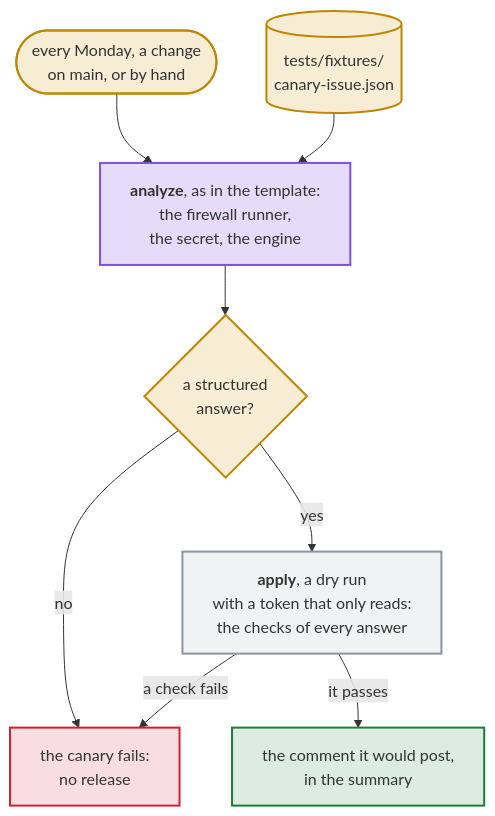
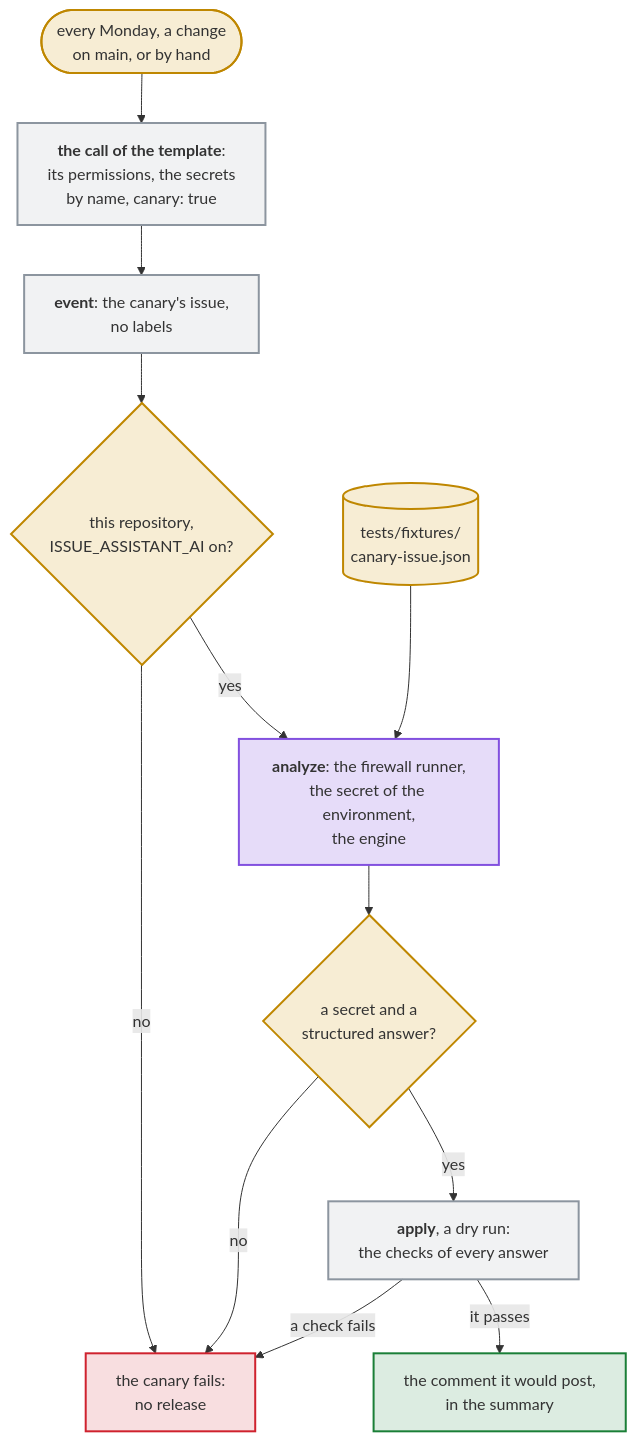
One commit to Dennis-Otto/issue-assistant changed the diagram in docs/diagrams/how-the-canary-runs-the-path-of-an-issue-through-the-ai.mmd. Above: the diagram before and after it, drawn with Mermaid. The commit also changed 9 other files, not shown here.

First line of the commit message:
ci: the canary calls the reusable workflow, so a caller's secret and vars are tested (#165)

```diff
--- a/docs/diagrams/how-the-canary-runs-the-path-of-an-issue-through-the-ai.mmd
+++ b/docs/diagrams/how-the-canary-runs-the-path-of-an-issue-through-the-ai.mmd
@@ -1,20 +1,24 @@
 flowchart TB
   accTitle: How the Canary runs the path of an issue through the AI
-  accDescr: The Canary starts every Monday, after a change on main of the script, the prompts, the action, the workflow template, the firewall policy, the settings or the canary's issue, and by hand. Its job analyze is that of the template: on the firewall runner, with the engine's secret of the environment issue-assistant, context reads the issue of tests/fixtures/canary-issue.json instead of one on GitHub, and the engine answers with JSON. Without the secret or without an answer, the canary fails. Its job apply checks the answer as for a real issue, as a dry run with a token that can only read: an answer that breaks a check fails the canary, and one that passes shows the comment it would post in the summary.
-  start(["every Monday, a change<br>on main, or by hand"]) --> analyze
+  accDescr: The Canary starts every Monday, after a change on main of the script, the prompts, the action, the reusable workflow, the firewall policy, the settings or the canary's issue, and by hand. It calls the reusable workflow as every repository does, with the permissions of the template, the engine's secrets passed by name and the input canary. Its job event takes the canary's issue and sets no labels; outside this repository, or when the called workflow doesn't see the variable ISSUE_ASSISTANT_AI set to on, the canary fails. Its job analyze runs on the firewall runner with the engine's secret of the environment issue-assistant, context reads the issue of tests/fixtures/canary-issue.json instead of one on GitHub, and the engine answers with JSON. Without the secret or without an answer, the canary fails. Its job apply checks the answer as for a real issue, as a dry run: an answer that breaks a check fails the canary, and one that passes shows the comment it would post in the summary.
+  start(["every Monday, a change<br>on main, or by hand"]) --> caller
+  caller["`**the call of the template**:<br>its permissions, the secrets<br>by name, canary: true`"] --> event
+  event["`**event**: the canary's issue,<br>no labels`"] --> seen{"this repository,<br>ISSUE_ASSISTANT_AI on?"}
+  seen -- "no" --> red["the canary fails:<br>no release"]
+  seen -- "yes" --> analyze
   fixture[("tests/fixtures/<br>canary-issue.json")] --> analyze
-  analyze["`**analyze**, as in the template:<br>the firewall runner,<br>the secret, the engine`"] --> answered{"a structured<br>answer?"}
-  answered -- "no" --> red["the canary fails:<br>no release"]
-  answered -- "yes" --> apply["`**apply**, a dry run<br>with a token that only reads:<br>the checks of every answer`"]
+  analyze["`**analyze**: the firewall runner,<br>the secret of the environment,<br>the engine`"] --> answered{"a secret and a<br>structured answer?"}
+  answered -- "no" --> red
+  answered -- "yes" --> apply["`**apply**, a dry run:<br>the checks of every answer`"]
   apply -- "a check fails" --> red
   apply -- "it passes" --> green["the comment it would post,<br>in the summary"]
   classDef trigger fill:#d4a72c33,stroke:#bf8700,stroke-width:2px
   classDef ai fill:#8250df33,stroke:#8250df,stroke-width:2px
   classDef job fill:#8c959f1f,stroke:#8c959f,stroke-width:2px
   classDef safe fill:#1a7f3726,stroke:#1a7f37,stroke-width:2px
   classDef untrusted fill:#cf222e26,stroke:#cf222e,stroke-width:2px
-  class start,fixture,answered trigger
+  class start,fixture,seen,answered trigger
   class analyze ai
-  class apply job
+  class caller,event,apply job
   class green safe
   class red untrusted
```
